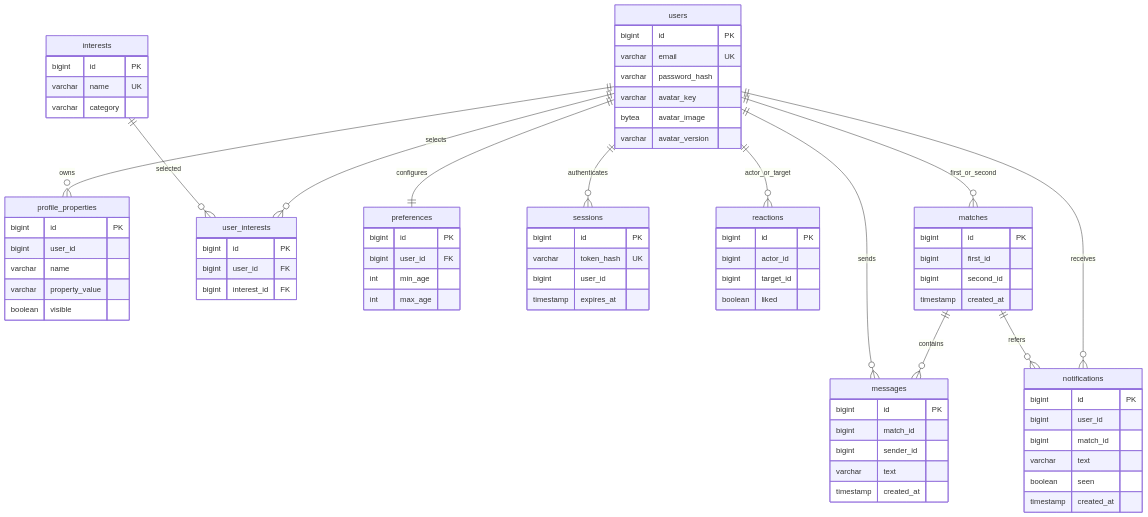
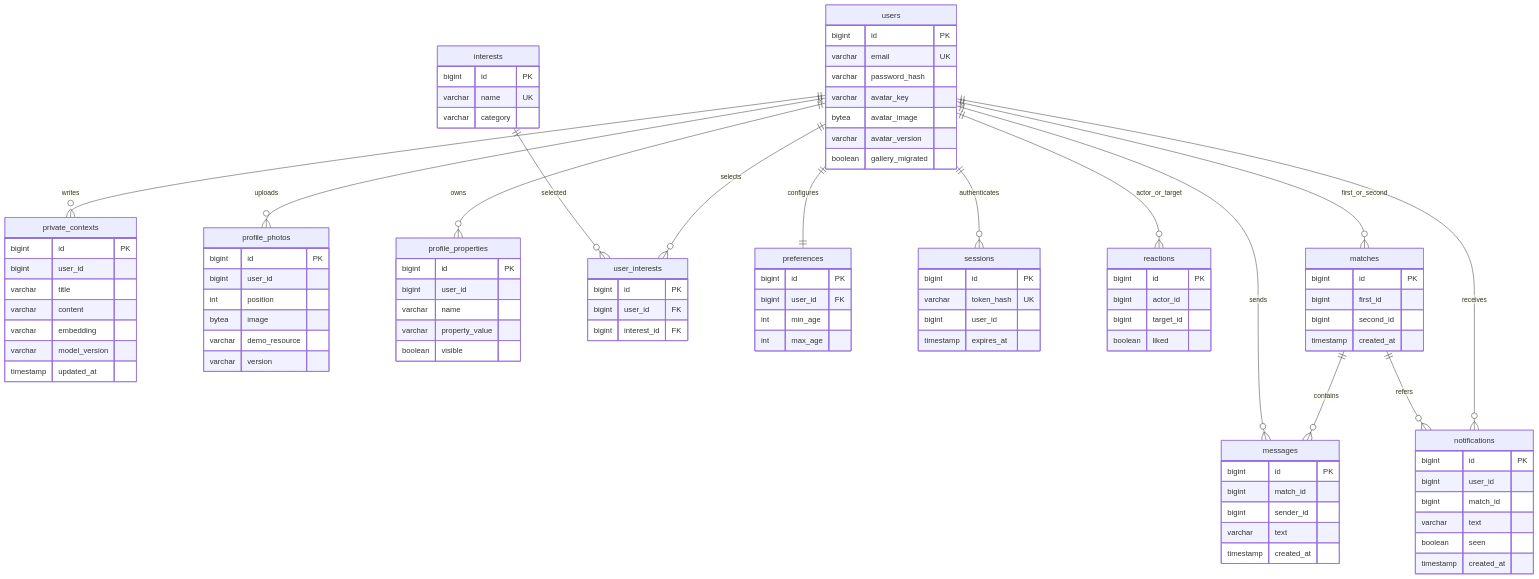
Before and after one commit to SMART-DATING/nexus-docs: the diagram in diagrams/ERD.md, drawn with Mermaid. The commit also changed other lines of this file and 16 other files, not shown here.

````diff
--- a/diagrams/ERD.md
+++ b/diagrams/ERD.md
@@ -3,5 +3,7 @@
 ```mermaid
 erDiagram
+  users ||--o{ private_contexts : writes
+  users ||--o{ profile_photos : uploads
   users ||--o{ profile_properties : owns
   users ||--o{ user_interests : selects
   interests ||--o{ user_interests : selected
@@ -20,6 +22,24 @@
     varchar avatar_key
     bytea avatar_image
     varchar avatar_version
+    boolean gallery_migrated
+  }
+  private_contexts {
+    bigint id PK
+    bigint user_id
+    varchar title
+    varchar content
+    varchar embedding
+    varchar model_version
+    timestamp updated_at
+  }
+  profile_photos {
+    bigint id PK
+    bigint user_id
+    int position
+    bytea image
+    varchar demo_resource
+    varchar version
   }
   profile_properties {
     bigint id PK
````
